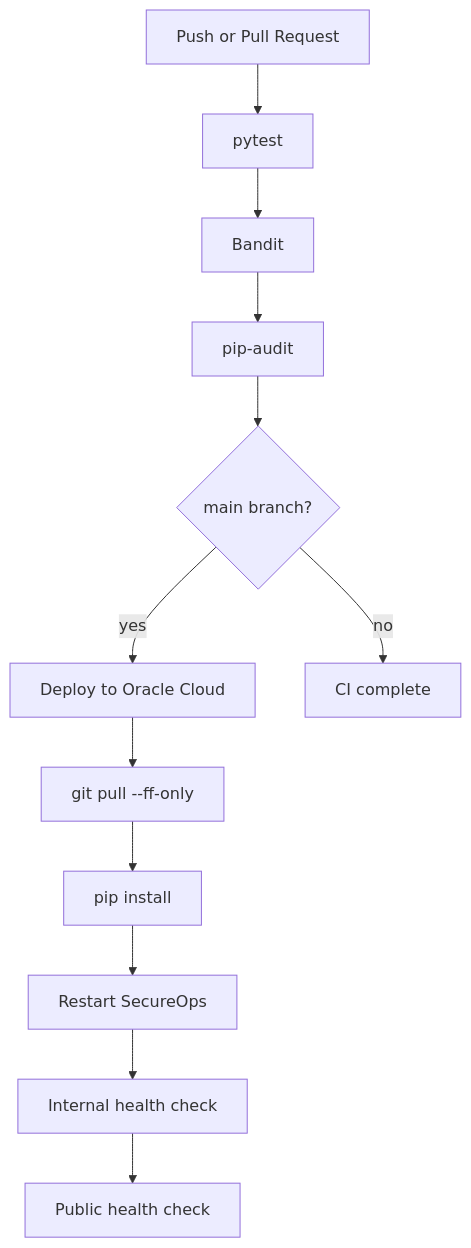
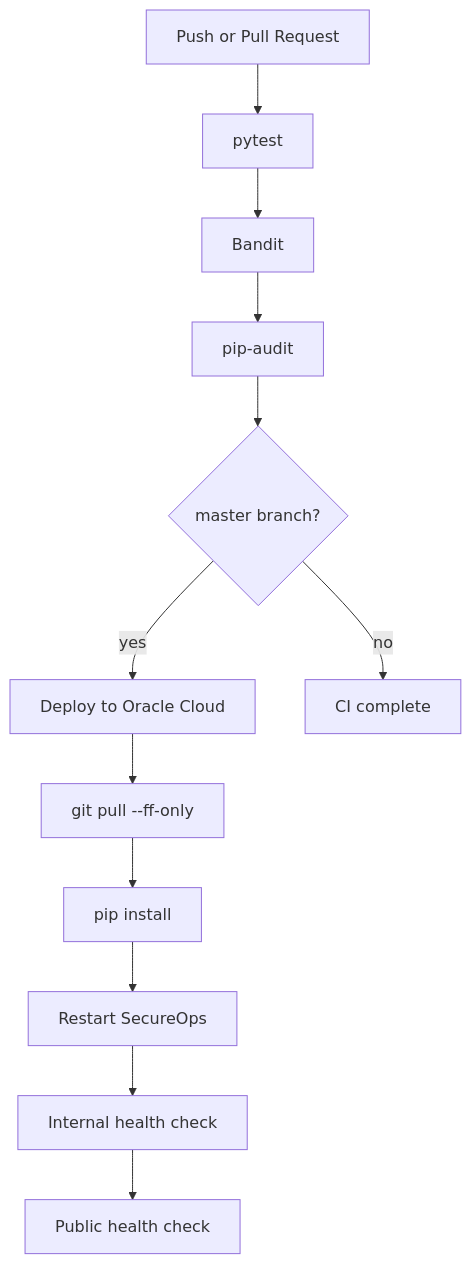
Before and after one commit to Leonardo1952/secure_ops: the third of 3 diagrams in docs/architecture.md, drawn with Mermaid. The commit also changed 2 other files, not shown here.

Commit message:
ci: switch deployment branch to master

````diff
--- a/docs/architecture.md
+++ b/docs/architecture.md
@@ -64,14 +64,14 @@
 ```mermaid
 flowchart TD
     change["Push or Pull Request"] --> tests["pytest"]
     tests --> bandit["Bandit"]
     bandit --> audit["pip-audit"]
-    audit --> approved{"main branch?"}
+    audit --> approved{"master branch?"}
     approved -->|yes| deploy["Deploy to Oracle Cloud"]
     approved -->|no| done["CI complete"]
     deploy --> pull["git pull --ff-only"]
     pull --> deps["pip install"]
     deps --> restart["Restart SecureOps"]
     restart --> internalHealth["Internal health check"]
     internalHealth --> publicHealth["Public health check"]
 ```
````
